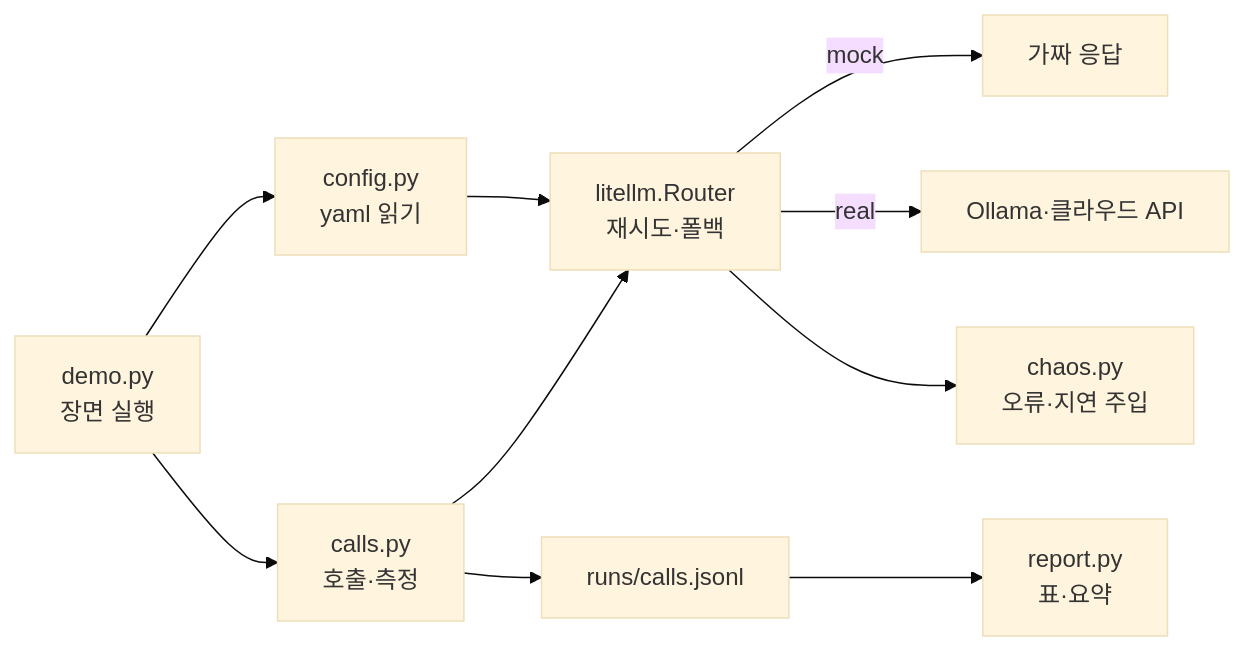
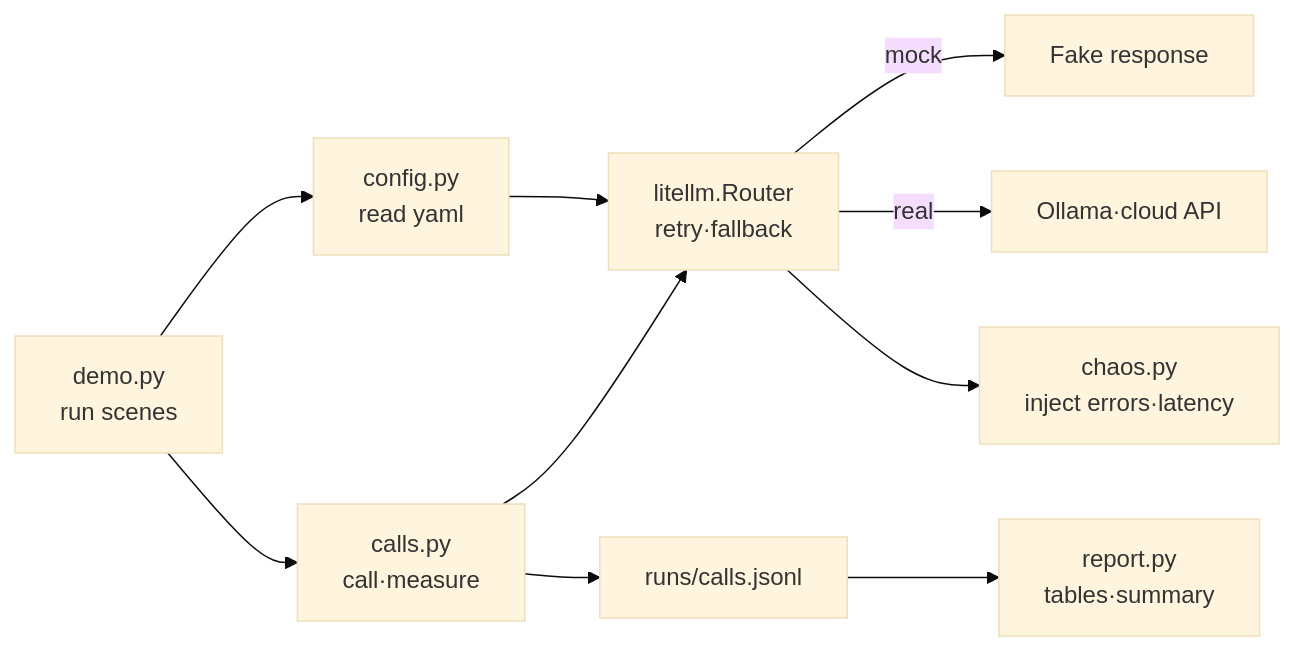
Before and after one commit to LeeGyeongPil/ai-lab-llm-gateway: the second of 2 diagrams in README.md, drawn with Mermaid (base theme). The commit also changed other lines of this file and 2 other files, not shown here.

````diff
--- a/README.md
+++ b/README.md
@@ -195,12 +206,12 @@
 ```mermaid
 flowchart LR
-    CLI["demo.py<br/>장면 실행"] --> CFG["config.py<br/>yaml 읽기"]
-    CFG --> R["litellm.Router<br/>재시도·폴백"]
-    CLI --> CALL["calls.py<br/>호출·측정"]
+    CLI["demo.py<br/>run scenes"] --> CFG["config.py<br/>read yaml"]
+    CFG --> R["litellm.Router<br/>retry·fallback"]
+    CLI --> CALL["calls.py<br/>call·measure"]
     CALL --> R
-    R -->|mock| MK["가짜 응답"]
-    R -->|real| NET["Ollama·클라우드 API"]
-    R --> CH["chaos.py<br/>오류·지연 주입"]
+    R -->|mock| MK["Fake response"]
+    R -->|real| NET["Ollama·cloud API"]
+    R --> CH["chaos.py<br/>inject errors·latency"]
     CALL --> J["runs/calls.jsonl"]
-    J --> REP["report.py<br/>표·요약"]
+    J --> REP["report.py<br/>tables·summary"]
 ```
````
